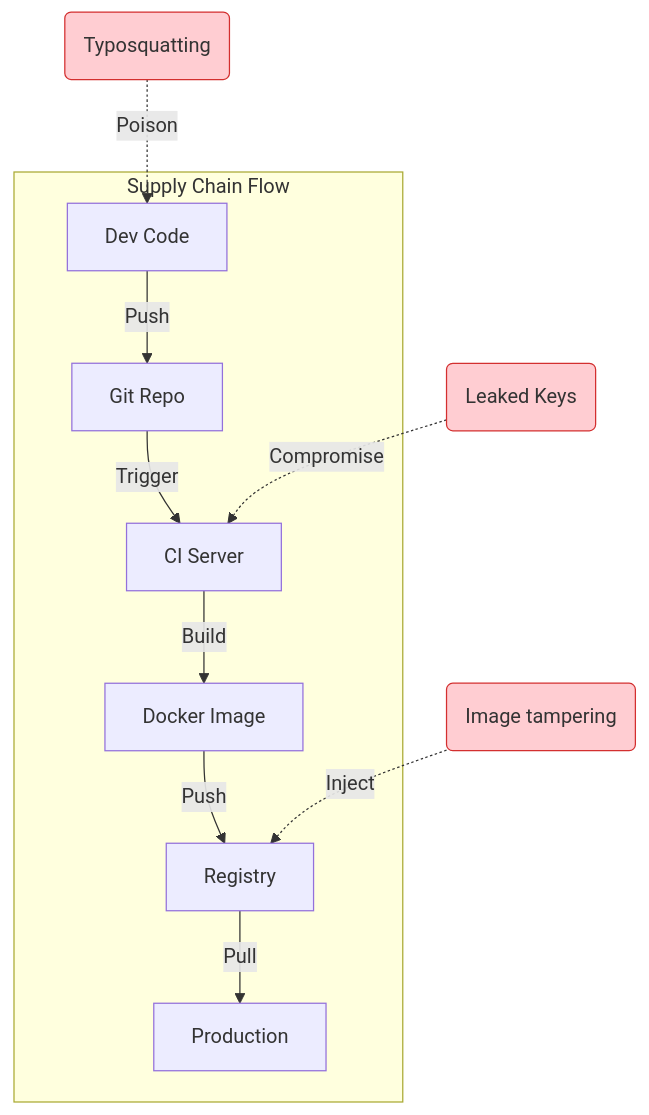
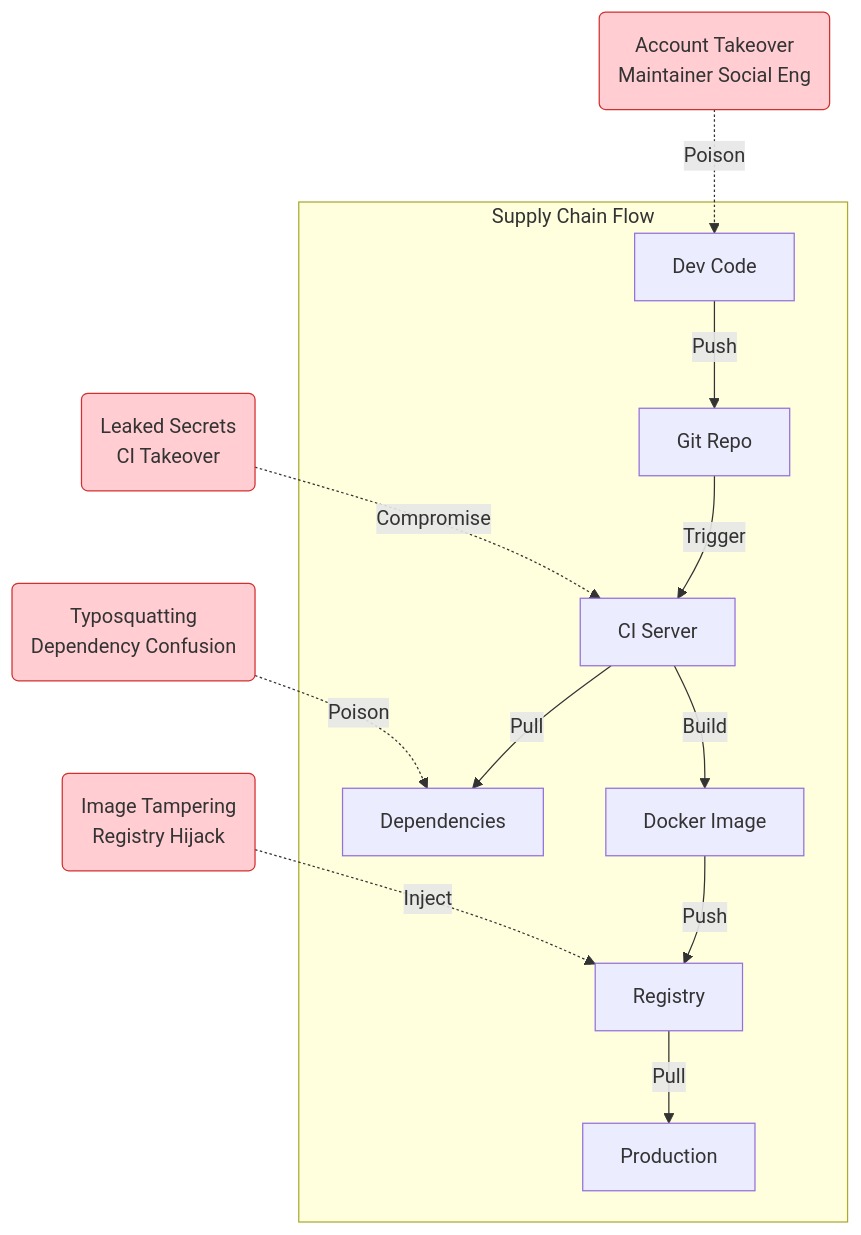
Before and after one commit to jyukki97/study-blog: the first of 2 diagrams in content/learning/deep-dive/deep-dive-cicd-security-supply-chain.md, drawn with Mermaid. The commit also changed other lines of this file and 17 other files, not shown here.

````diff
--- a/content/learning/deep-dive/deep-dive-cicd-security-supply-chain.md
+++ b/content/learning/deep-dive/deep-dive-cicd-security-supply-chain.md
@@ -67,18 +85,21 @@
 ```mermaid
 flowchart TD
     subgraph Supply_Chain [Supply Chain Flow]
         Source[Dev Code] -->|Push| Repo[Git Repo]
         Repo -->|Trigger| CI[CI Server]
+        CI -->|Pull| Deps[Dependencies]
         CI -->|Build| Artifact[Docker Image]
         Artifact -->|Push| Registry[Registry]
         Registry -->|Pull| Prod[Production]
     end
     
-    Attack1(Typosquatting) -.->|Poison| Source
-    Attack2(Leaked Keys) -.->|Compromise| CI
-    Attack3(Image tampering) -.->|Inject| Registry
+    Attack1(Typosquatting<br/>Dependency Confusion) -.->|Poison| Deps
+    Attack2(Leaked Secrets<br/>CI Takeover) -.->|Compromise| CI
+    Attack3(Image Tampering<br/>Registry Hijack) -.->|Inject| Registry
+    Attack4(Account Takeover<br/>Maintainer Social Eng) -.->|Poison| Source
     
     style Attack1 fill:#ffcdd2,stroke:#d32f2f
     style Attack2 fill:#ffcdd2,stroke:#d32f2f
     style Attack3 fill:#ffcdd2,stroke:#d32f2f
+    style Attack4 fill:#ffcdd2,stroke:#d32f2f
 ```
````
